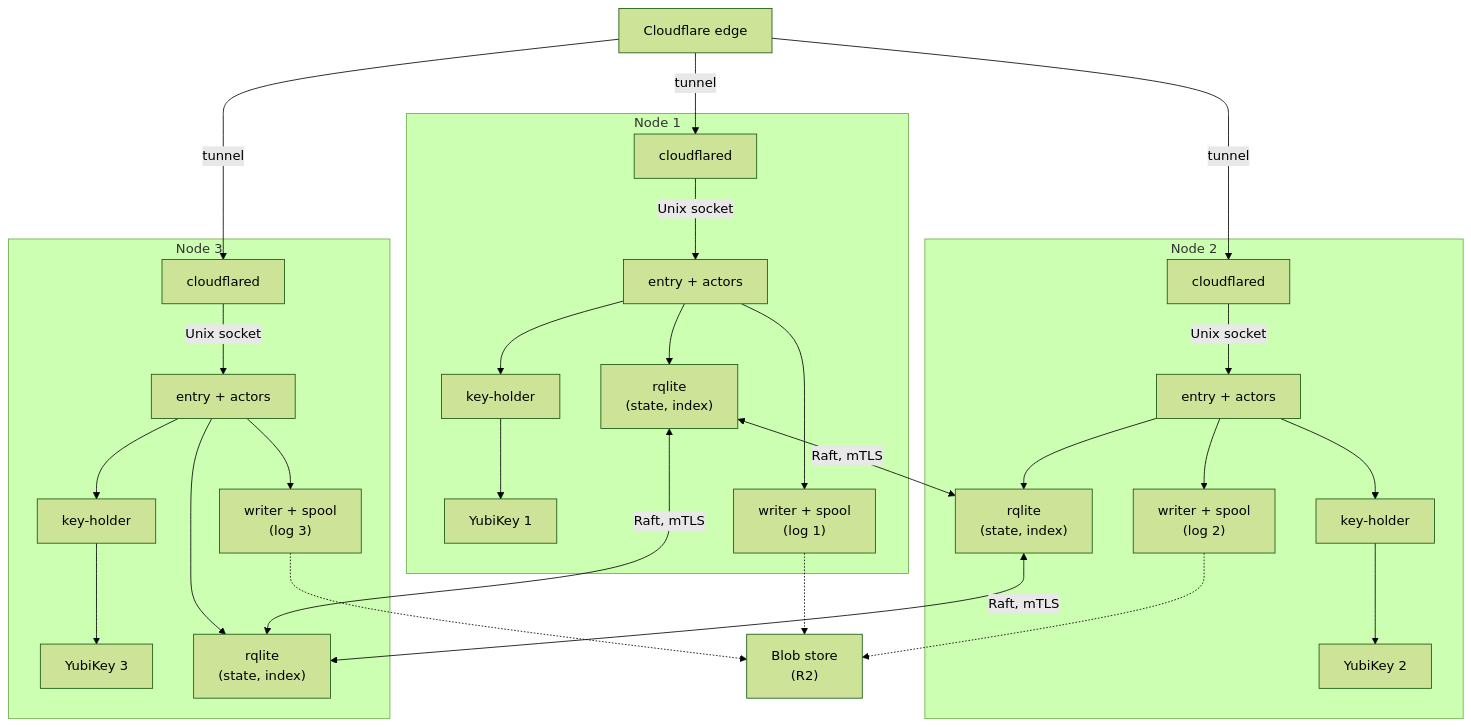
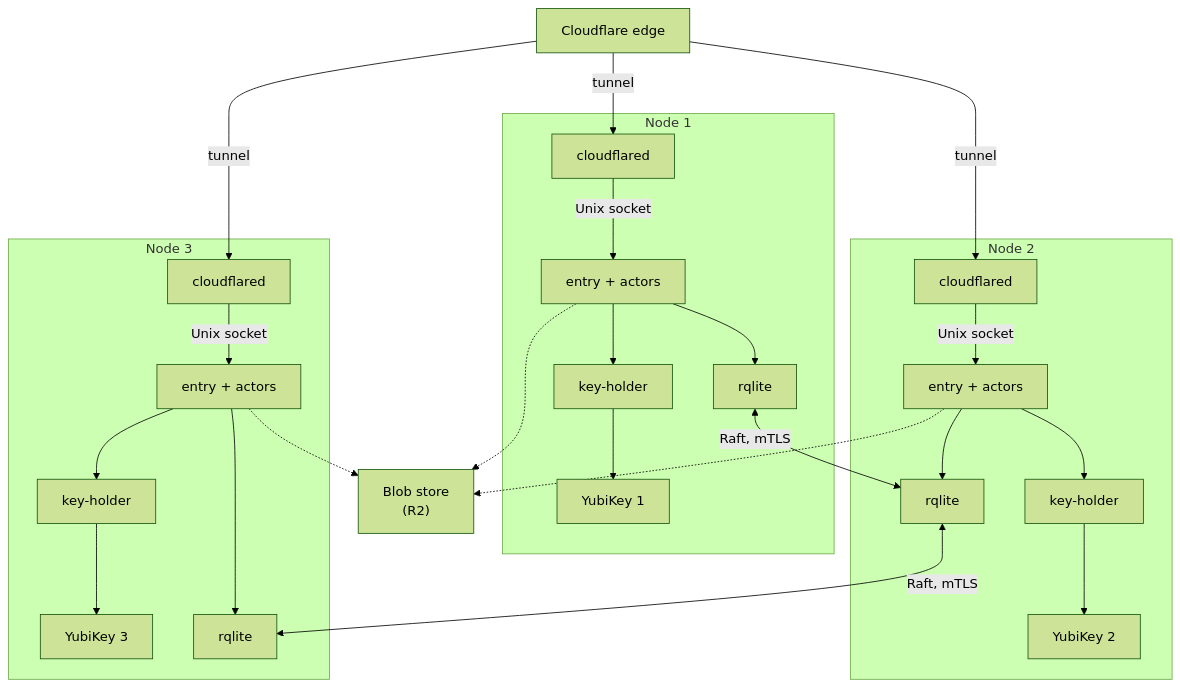
The second of 2 diagrams in docs/runtimes/installations.md (truvity/sluis), drawn with Mermaid (forest theme) before and after one commit. The commit also changed other lines of this file and 118 other files, not shown here.

````diff
--- a/docs/runtimes/installations.md
+++ b/docs/runtimes/installations.md
@@ -130,32 +112,28 @@
 ```mermaid
 flowchart TB
   edge["Cloudflare edge"]
   r2["Blob store<br/>(R2)"]
   subgraph n1["Node 1"]
     cfd1["cloudflared"] -- "Unix socket" --> c1["entry + actors"]
     c1 --> kh1["key-holder"] --> yk1["YubiKey 1"]
-    c1 --> r1["rqlite<br/>(state, index)"]
-    c1 --> w1["writer + spool<br/>(log 1)"]
+    c1 --> r1["rqlite"]
   end
   subgraph n2["Node 2"]
     cfd2["cloudflared"] -- "Unix socket" --> c2["entry + actors"]
     c2 --> kh2["key-holder"] --> yk2["YubiKey 2"]
-    c2 --> r2n["rqlite<br/>(state, index)"]
-    c2 --> w2["writer + spool<br/>(log 2)"]
+    c2 --> r2n["rqlite"]
   end
   subgraph n3["Node 3"]
     cfd3["cloudflared"] -- "Unix socket" --> c3["entry + actors"]
     c3 --> kh3["key-holder"] --> yk3["YubiKey 3"]
-    c3 --> r3["rqlite<br/>(state, index)"]
-    c3 --> w3["writer + spool<br/>(log 3)"]
+    c3 --> r3["rqlite"]
   end
   edge -- "tunnel" --> cfd1
   edge -- "tunnel" --> cfd2
   edge -- "tunnel" --> cfd3
   r1 <-- "Raft, mTLS" --> r2n
   r2n <-- "Raft, mTLS" --> r3
-  r1 <-- "Raft, mTLS" --> r3
-  w1 -.-> r2
-  w2 -.-> r2
-  w3 -.-> r2
+  c1 -.-> r2
+  c2 -.-> r2
+  c3 -.-> r2
 ```
````
